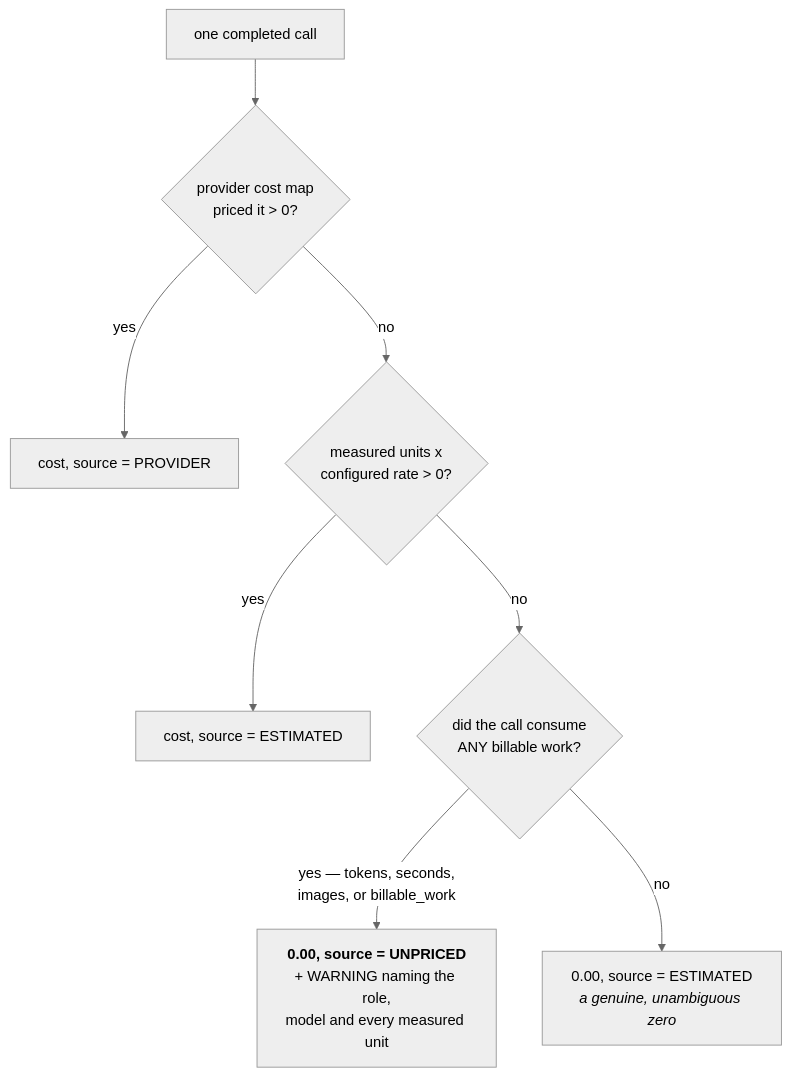
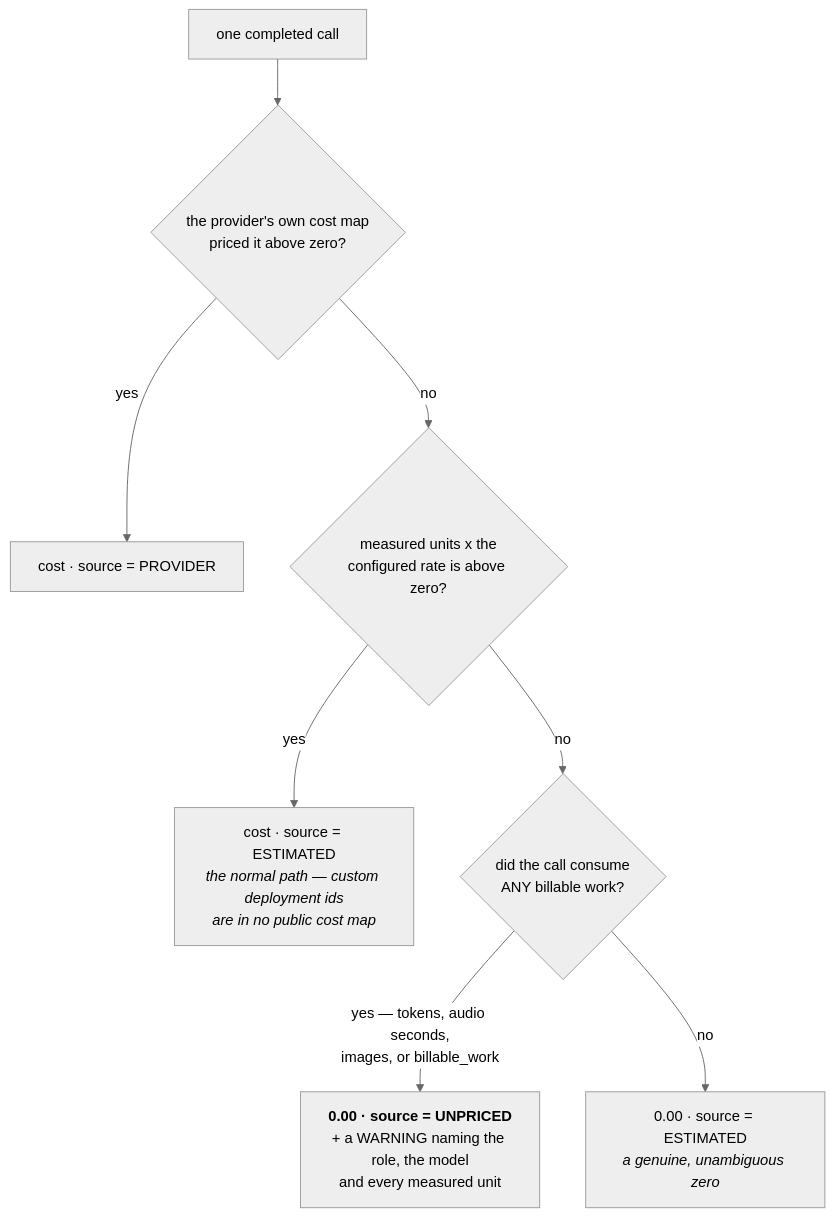
The third of 5 diagrams in docs/teaching/gateway/40-diagrams.md (yrevash/aegis), drawn with Mermaid (neutral theme) before and after one commit. The commit also changed other lines of this file and 111 other files, not shown here.

````diff
--- a/docs/teaching/gateway/40-diagrams.md
+++ b/docs/teaching/gateway/40-diagrams.md
@@ -112,12 +102,12 @@
 ```mermaid
 flowchart TB
-    C["one completed call"] --> P{"provider cost map<br/>priced it > 0?"}
-    P -->|yes| PROV["cost, source = PROVIDER"]
-    P -->|no| E{"measured units x<br/>configured rate > 0?"}
+    C["one completed call"] --> P{"the provider's own cost map<br/>priced it above zero?"}
+    P -->|yes| PROV["cost · source = PROVIDER"]
+    P -->|no| E{"measured units x the<br/>configured rate is above zero?"}
 
-    E -->|yes| EST["cost, source = ESTIMATED"]
+    E -->|yes| EST["cost · source = ESTIMATED<br/><i>the normal path — custom deployment ids<br/>are in no public cost map</i>"]
     E -->|no| B{"did the call consume<br/>ANY billable work?"}
 
-    B -->|"yes — tokens, seconds,<br/>images, or billable_work"| UNP["<b>0.00, source = UNPRICED</b><br/>+ WARNING naming the role,<br/>model and every measured unit"]
-    B -->|no| ZERO["0.00, source = ESTIMATED<br/><i>a genuine, unambiguous zero</i>"]
+    B -->|"yes — tokens, audio seconds,<br/>images, or billable_work"| UNP["<b>0.00 · source = UNPRICED</b><br/>+ a WARNING naming the role, the model<br/>and every measured unit"]
+    B -->|no| ZERO["0.00 · source = ESTIMATED<br/><i>a genuine, unambiguous zero</i>"]
 ```
````
